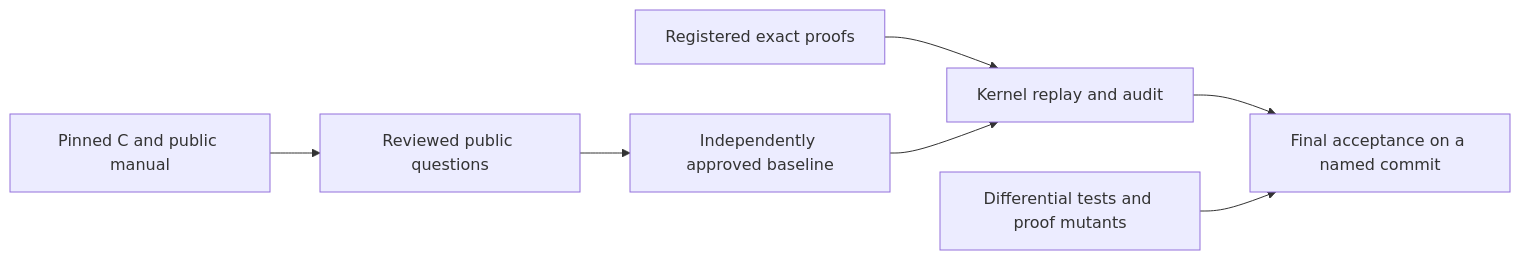
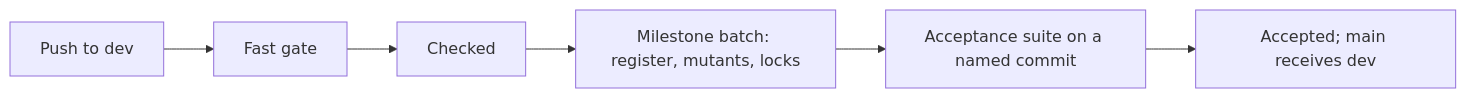
The diagram in docs/checking/README.md (cla7aye15I4nd/zlib-f), drawn with Mermaid before and after one commit. The commit also changed other lines of this file and 13 other files, not shown here.

````diff
--- a/docs/checking/README.md
+++ b/docs/checking/README.md
@@ -31,9 +25,8 @@
 ```mermaid
 flowchart LR
-    H["Pinned C and public manual"] --> Q["Reviewed public questions"]
-    Q --> B["Independently approved baseline"]
-    P["Registered exact proofs"] --> K["Kernel replay and audit"]
-    B --> K
-    K --> F["Final acceptance on a named commit"]
-    T["Differential tests and proof mutants"] --> F
+    P["Push to dev"] --> G["Fast gate"]
+    G --> C["Checked"]
+    C --> M["Milestone batch: register, mutants, locks"]
+    M --> A["Acceptance suite on a named commit"]
+    A --> R["Accepted; main receives dev"]
 ```
````
